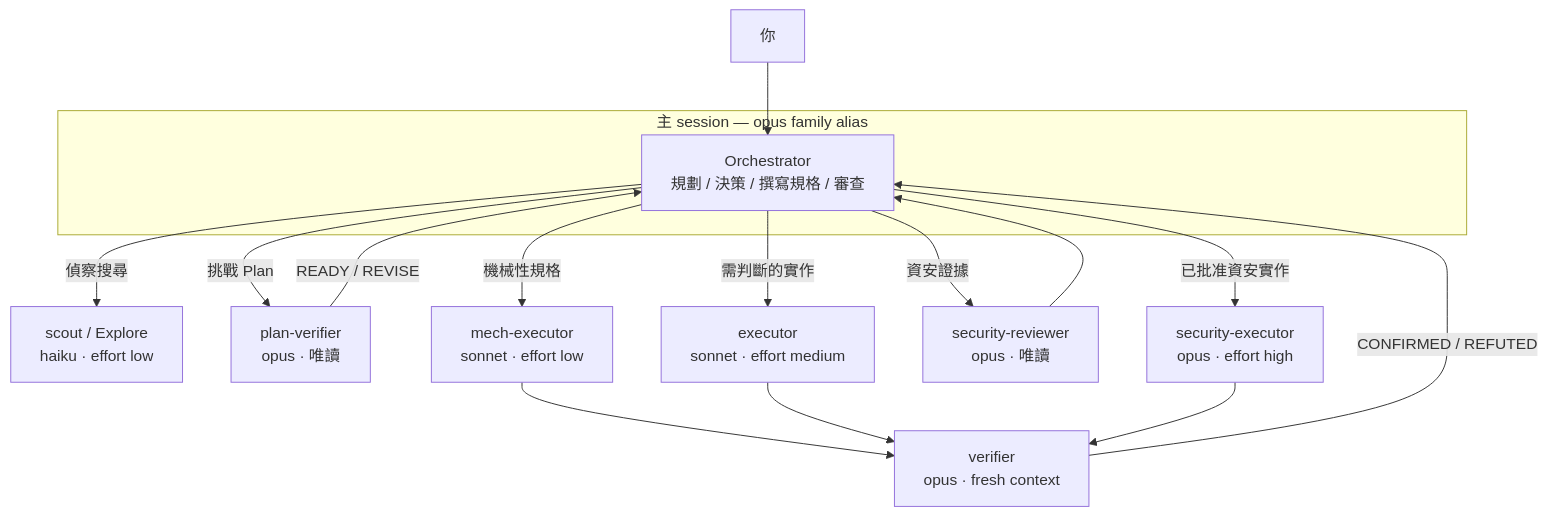
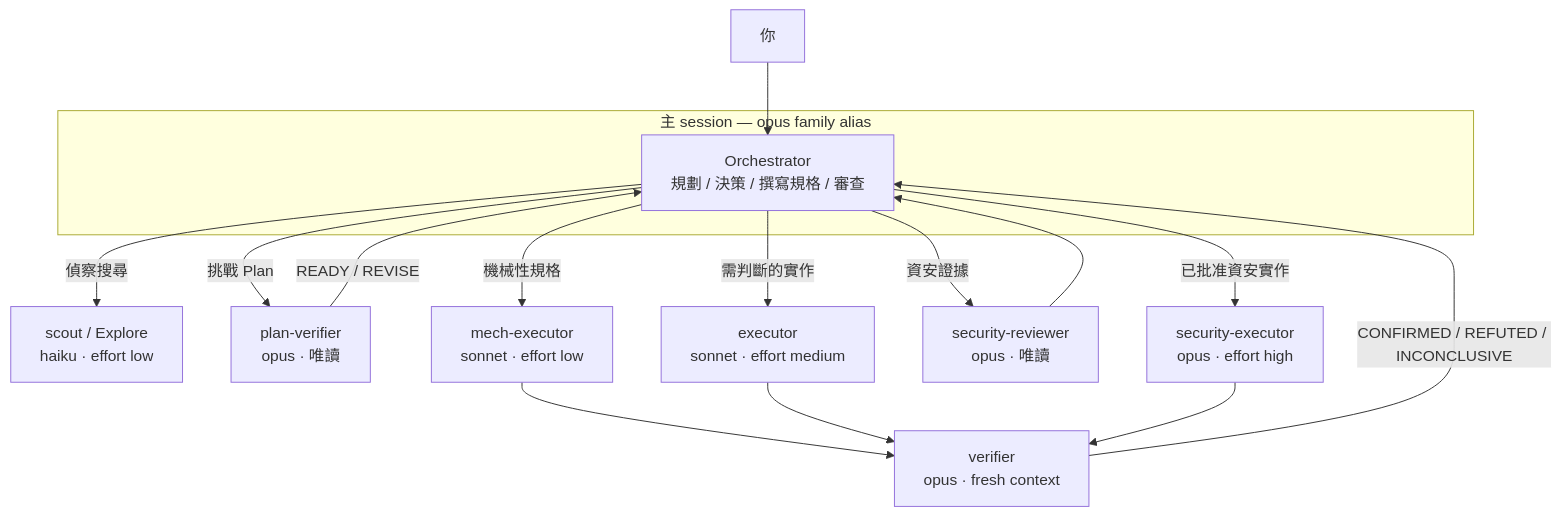
The diagram in README.zh-TW.md (Nanako0129/pilotfish), drawn with Mermaid before and after one commit. The commit also changed other lines of this file and 5 other files, not shown here.

````diff
--- a/README.zh-TW.md
+++ b/README.zh-TW.md
@@ -75,19 +75,19 @@
 ```mermaid
 flowchart TD
     U[你] --> O
     subgraph MAIN["主 session — opus family alias"]
         O["Orchestrator<br>規劃 / 決策 / 撰寫規格 / 審查"]
     end
     O -->|偵察搜尋| S["scout / Explore<br>haiku · effort low"]
     O -->|挑戰 Plan| PV["plan-verifier<br>opus · 唯讀"]
     PV -->|READY / REVISE| O
     O -->|機械性規格| M["mech-executor<br>sonnet · effort low"]
     O -->|需判斷的實作| E["executor<br>sonnet · effort medium"]
     O -->|資安證據| SR["security-reviewer<br>opus · 唯讀"]
     SR --> O
     O -->|已批准資安實作| SEC["security-executor<br>opus · effort high"]
     M --> V["verifier<br>opus · fresh context"]
     E --> V
     SEC --> V
-    V -->|CONFIRMED / REFUTED| O
+    V -->|CONFIRMED / REFUTED / INCONCLUSIVE| O
 ```
````
